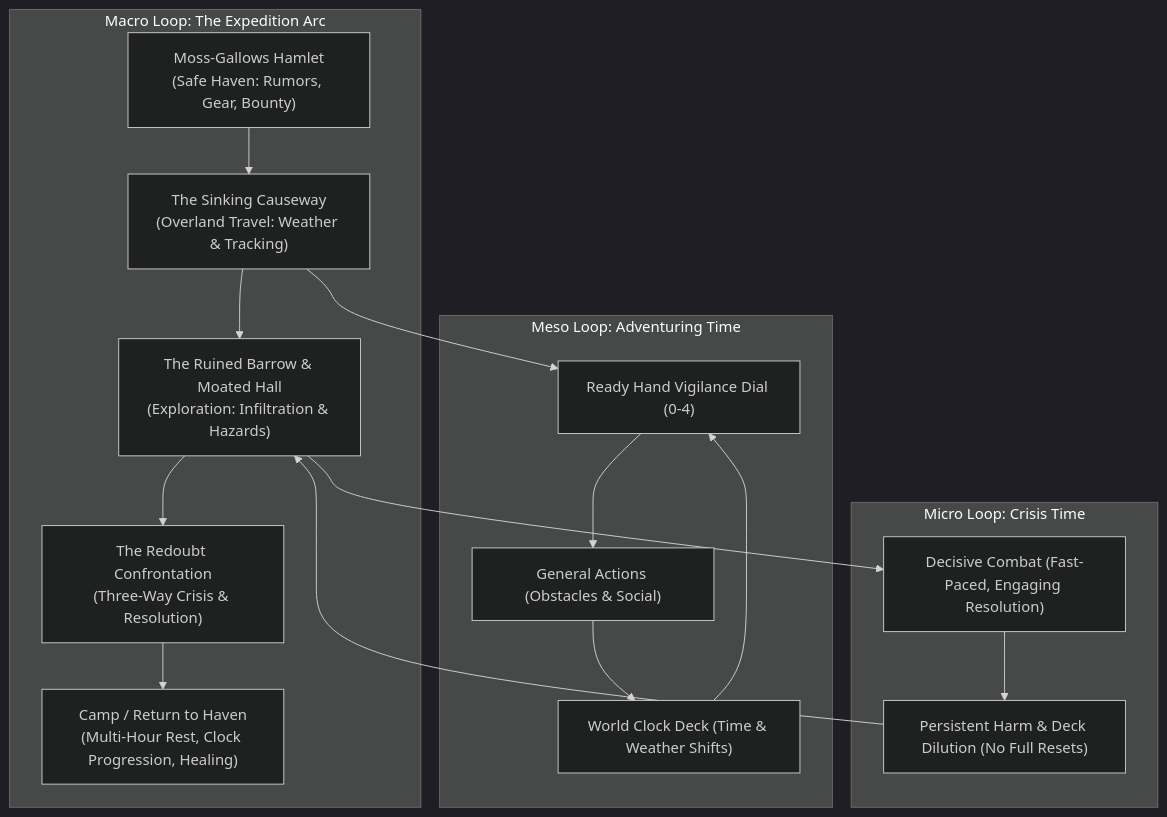
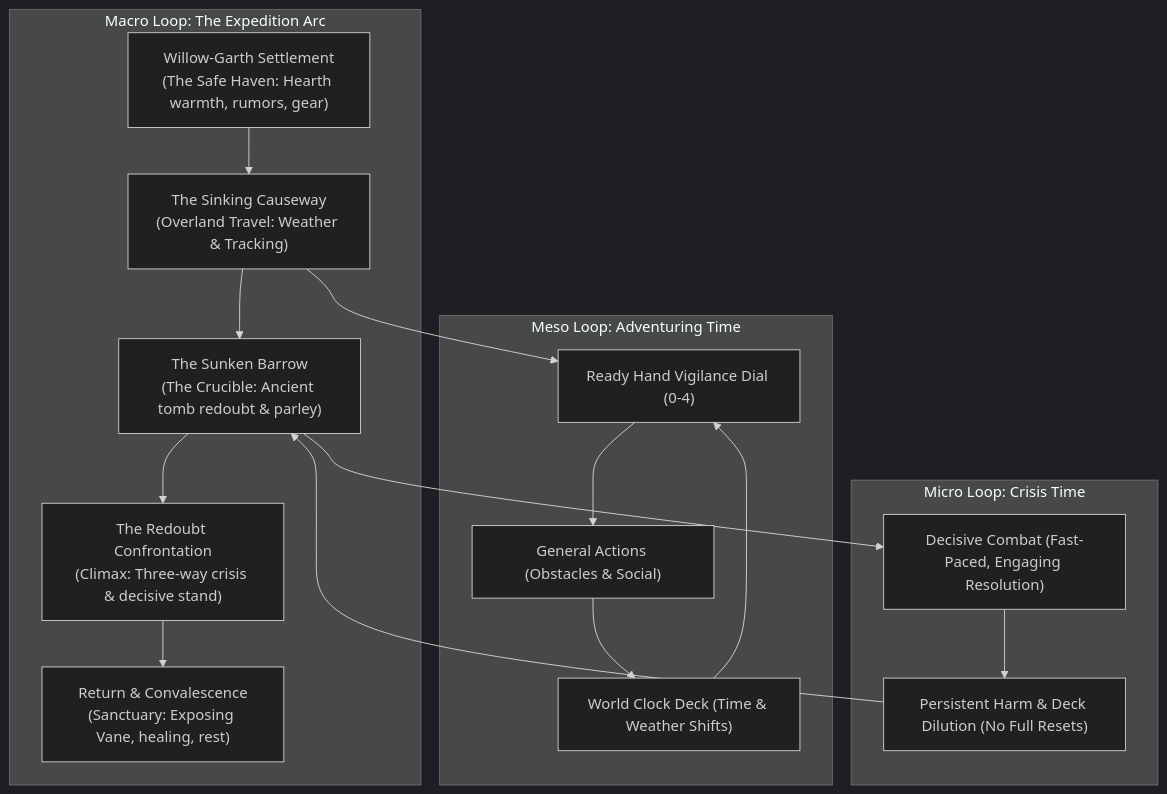
Before and after one commit to tdimiduk/cardpg: the diagram in design/iteration/campaign-weeping-fen/README.md, drawn with Mermaid (dark theme). The commit also changed other lines of this file and 10 other files, not shown here.

````diff
--- a/design/iteration/campaign-weeping-fen/README.md
+++ b/design/iteration/campaign-weeping-fen/README.md
@@ -32,22 +32,22 @@
 ```mermaid
 flowchart TD
     subgraph Macro [Macro Loop: The Expedition Arc]
-        HAVEN["Moss-Gallows Hamlet<br/>(Safe Haven: Rumors, Gear, Bounty)"] --> TRAVEL["The Sinking Causeway<br/>(Overland Travel: Weather & Tracking)"]
-        TRAVEL --> SITE["The Ruined Barrow & Moated Hall<br/>(Exploration: Infiltration & Hazards)"]
-        SITE --> CLIMAX["The Redoubt Confrontation<br/>(Three-Way Crisis & Resolution)"]
-        CLIMAX --> CAMP["Camp / Return to Haven<br/>(Multi-Hour Rest, Clock Progression, Healing)"]
+        HAVEN["Willow-Garth Settlement<br/>(The Safe Haven: Hearth warmth, rumors, gear)"] --> TRAVEL["The Sinking Causeway<br/>(Overland Travel: Weather & Tracking)"]
+        TRAVEL --> SITE["The Sunken Barrow<br/>(The Crucible: Ancient tomb redoubt & parley)"]
+        SITE --> CLIMAX["The Redoubt Confrontation<br/>(Climax: Three-way crisis & decisive stand)"]
+        CLIMAX --> CAMP["Return & Convalescence<br/>(Sanctuary: Exposing Vane, healing, rest)"]
     end
 
     subgraph Meso [Meso Loop: Adventuring Time]
         TRAVEL --> VIG["Ready Hand Vigilance Dial (0-4)"]
         VIG --> GEN["General Actions (Obstacles & Social)"]
         GEN --> CLOCK["World Clock Deck (Time & Weather Shifts)"]
         CLOCK --> VIG
     end
 
     subgraph Micro [Micro Loop: Crisis Time]
         SITE --> FIGHT["Decisive Combat (Fast-Paced, Engaging Resolution)"]
         FIGHT --> PERSIST["Persistent Harm & Deck Dilution (No Full Resets)"]
         PERSIST --> SITE
     end
 ```
````
